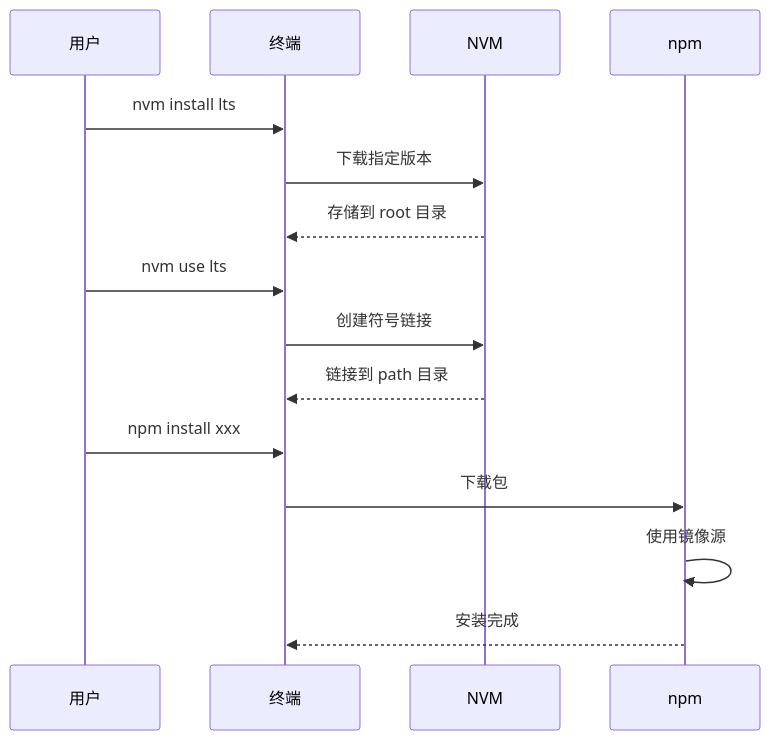
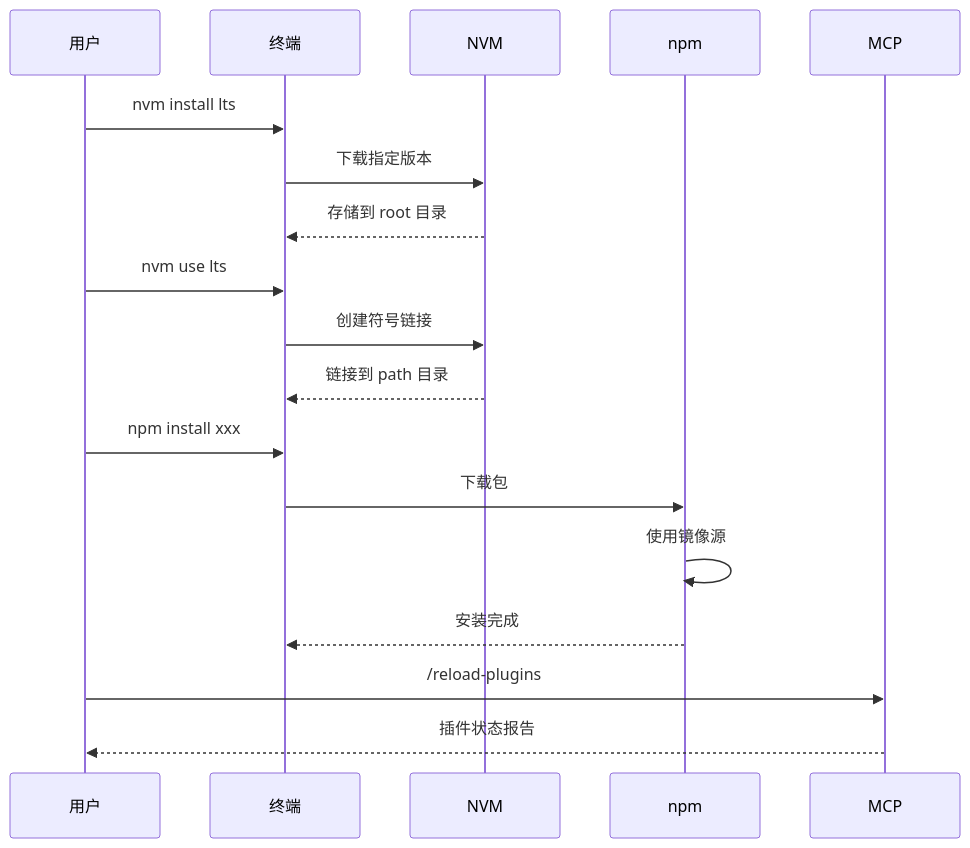
The fifth of 6 diagrams in doc/ai-share/2026-05-02-操作系统重装手册研究报告.md (chujun/aiubuntu1-sh), drawn with Mermaid before and after one commit. The commit also changed other lines of this file, not shown here.

````diff
--- a/doc/ai-share/2026-05-02-操作系统重装手册研究报告.md
+++ b/doc/ai-share/2026-05-02-操作系统重装手册研究报告.md
@@ -106,18 +129,21 @@
 ```mermaid
 sequenceDiagram
     participant 用户
     participant 终端
     participant NVM
     participant npm
+    participant MCP
 
     用户->>终端: nvm install lts
     终端->>NVM: 下载指定版本
     NVM-->>终端: 存储到 root 目录
     用户->>终端: nvm use lts
     终端->>NVM: 创建符号链接
     NVM-->>终端: 链接到 path 目录
     用户->>终端: npm install xxx
     终端->>npm: 下载包
     npm->>npm: 使用镜像源
     npm-->>终端: 安装完成
+    用户->>MCP: /reload-plugins
+    MCP-->>用户: 插件状态报告
 ```
````
